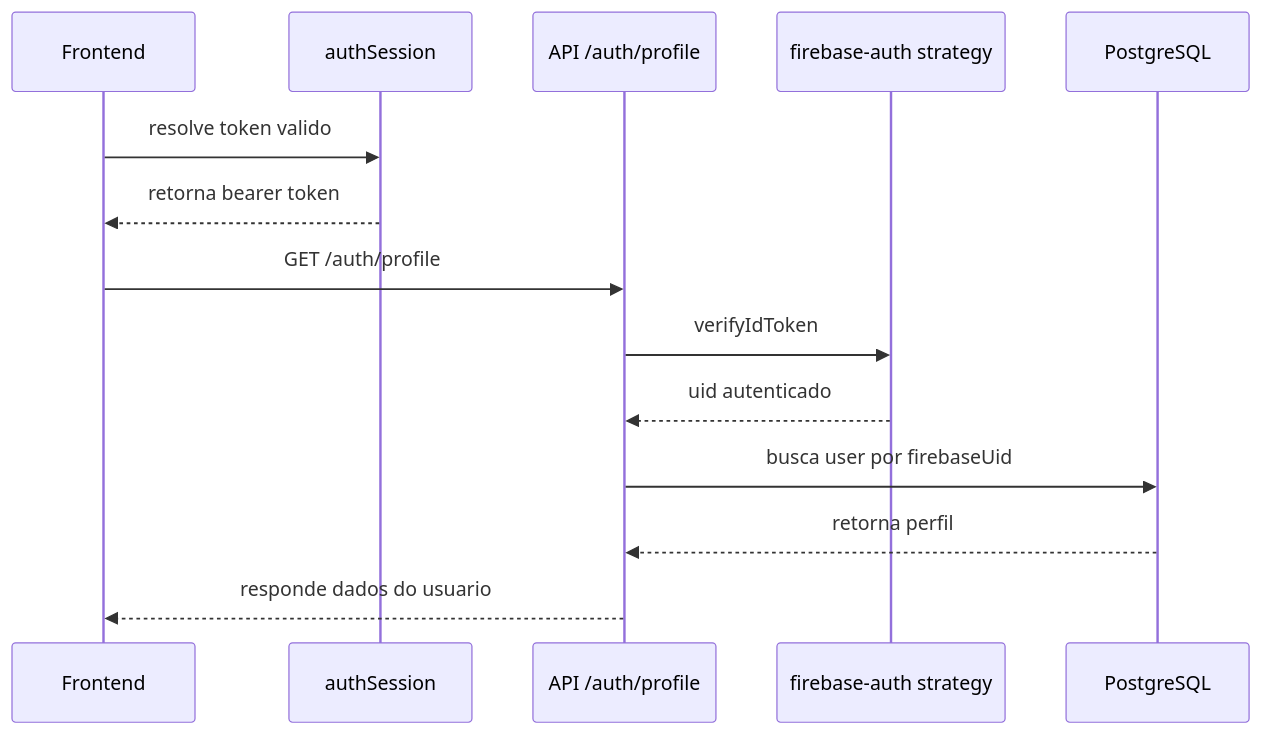
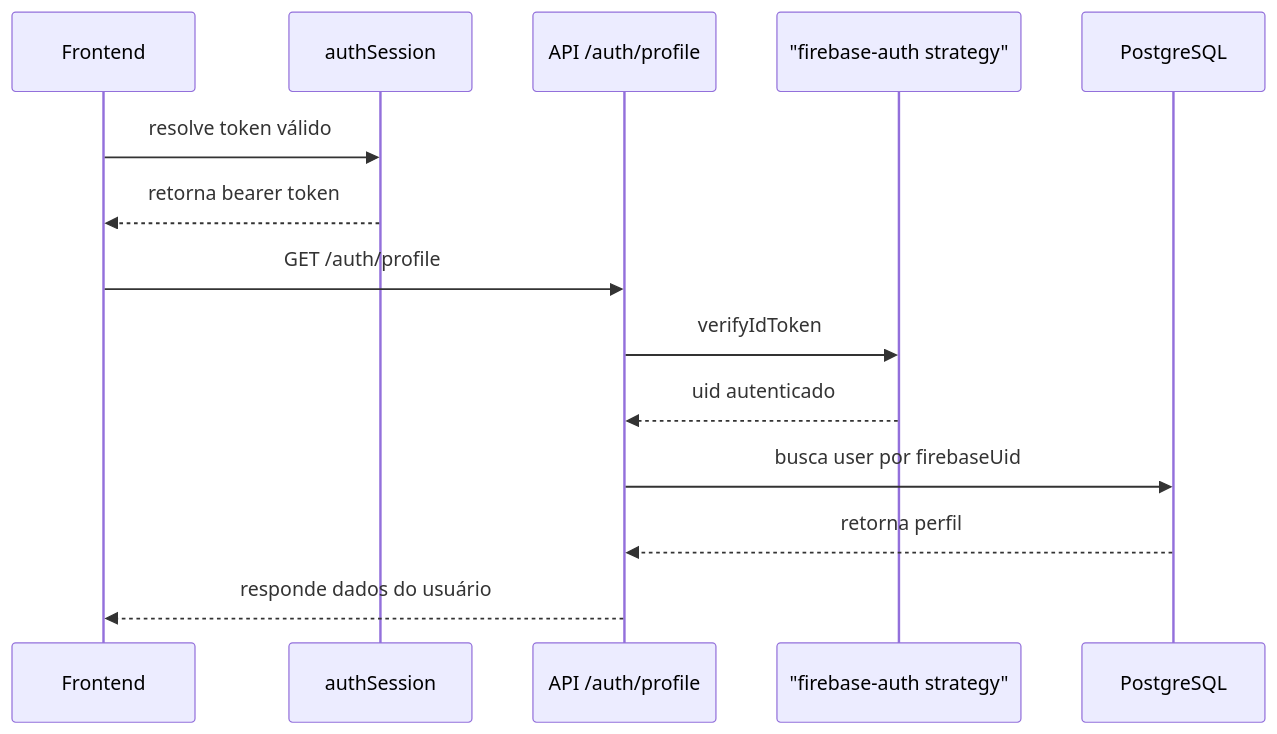
One commit to joaojuniorbr/etnos changed the second of 2 diagrams in docs-site/docs/auth-architecture.md. Above: the diagram before and after it, drawn with Mermaid. The commit also changed other lines of this file and 18 other files, not shown here.

````diff
--- a/docs-site/docs/auth-architecture.md
+++ b/docs-site/docs/auth-architecture.md
@@ -87,17 +93,17 @@
 ```mermaid
 sequenceDiagram
     participant UI as Frontend
     participant SESSION as authSession
     participant API as API /auth/profile
-    participant FIREBASE as firebase-auth strategy
+    participant FIREBASE as "firebase-auth strategy"
     participant DB as PostgreSQL
 
-    UI->>SESSION: resolve token valido
+    UI->>SESSION: resolve token válido
     SESSION-->>UI: retorna bearer token
     UI->>API: GET /auth/profile
     API->>FIREBASE: verifyIdToken
     FIREBASE-->>API: uid autenticado
     API->>DB: busca user por firebaseUid
     DB-->>API: retorna perfil
-    API-->>UI: responde dados do usuario
+    API-->>UI: responde dados do usuário
 ```
````
